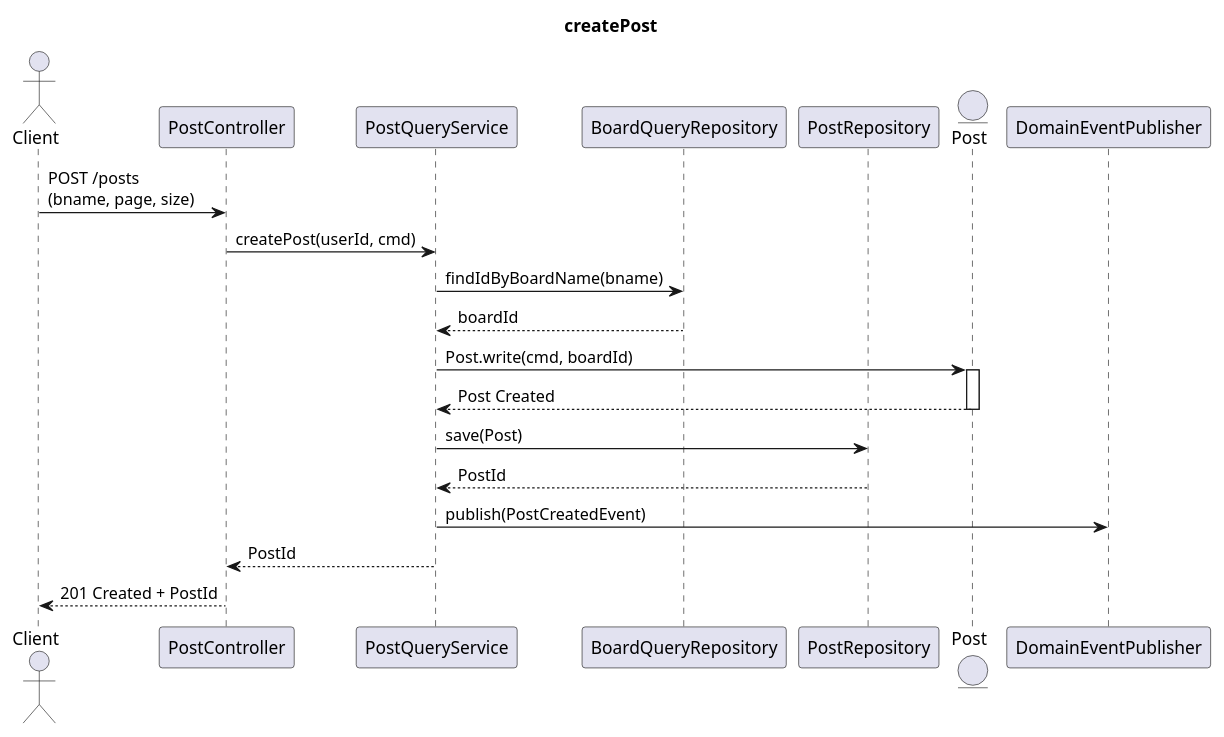
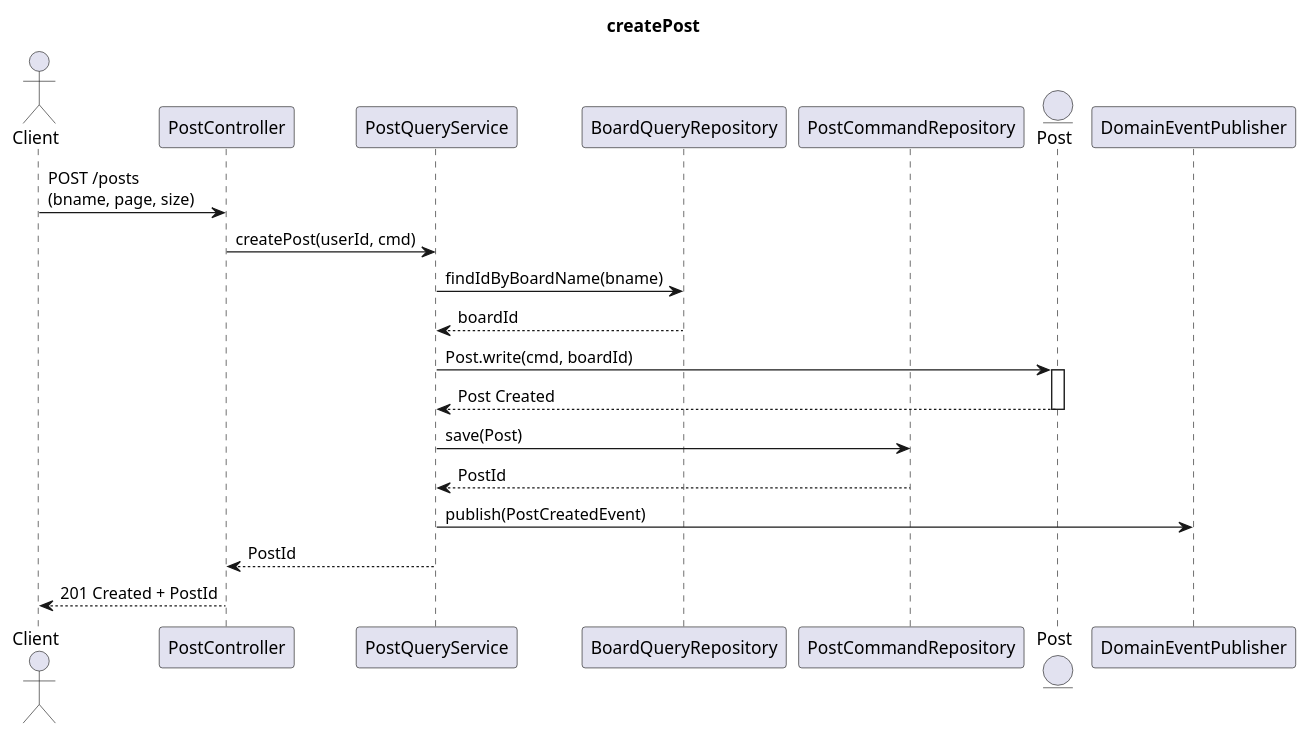
One commit to SimpleBoardTeam/simpleBoard-server changed the diagram in document/puml/event/boardContext/postAggregate/createPost.puml. Above: the diagram before and after it, drawn with PlantUML. The commit also changed 4 other files, not shown here.

Commit message:
fix(diagram): Post 도메인 이벤트 다이어그램 수정 - 컨트롤러, 레포지토리에 Command/Query 명시 - getPostDetailCached.puml -> getPostDetail.puml 파일명 변경 및 다이어그램 내부 캐시 관련 정보 삭제

```diff
--- a/document/puml/event/boardContext/postAggregate/createPost.puml
+++ b/document/puml/event/boardContext/postAggregate/createPost.puml
@@ -1,29 +1,29 @@
 @startuml createPostSeq
 title createPost
 actor Client
 participant PostController
 participant PostQueryService
 participant BoardQueryRepository
-participant PostRepository
+participant PostCommandRepository
 entity      Post
 participant DomainEventPublisher
 
 Client -> PostController : POST /posts\n(bname, page, size)
 PostController -> PostQueryService : createPost(userId, cmd)
 
 PostQueryService -> BoardQueryRepository : findIdByBoardName(bname)
 BoardQueryRepository --> PostQueryService : boardId
 
 PostQueryService -> Post : Post.write(cmd, boardId)
 activate Post
 Post --> PostQueryService : Post Created
 deactivate Post
 
-PostQueryService -> PostRepository : save(Post)
-PostRepository --> PostQueryService : PostId
+PostQueryService -> PostCommandRepository : save(Post)
+PostCommandRepository --> PostQueryService : PostId
 
 PostQueryService -> DomainEventPublisher : publish(PostCreatedEvent)
 
 PostQueryService --> PostController : PostId
 PostController --> Client :  201 Created + PostId
 @enduml
```
